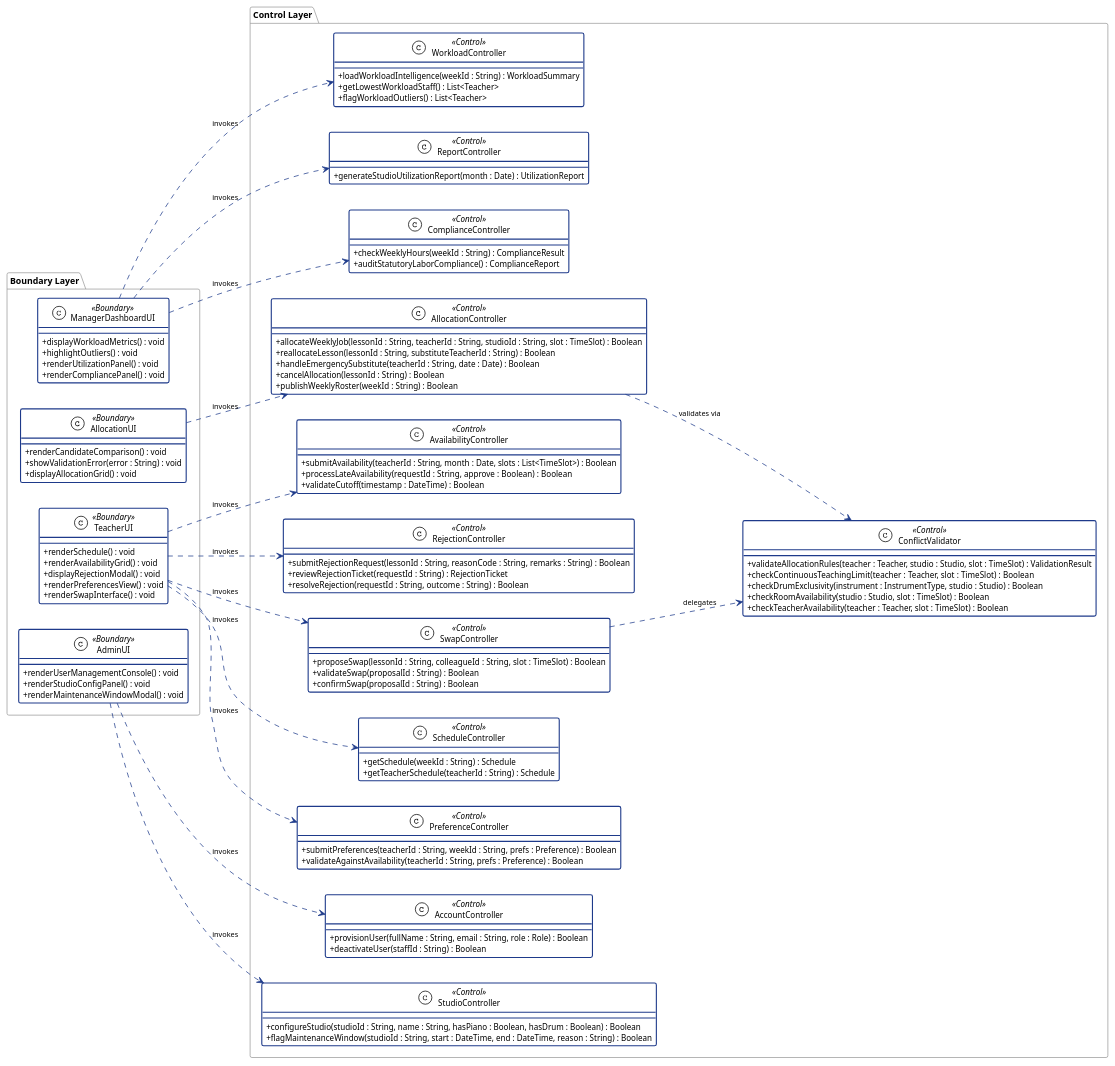
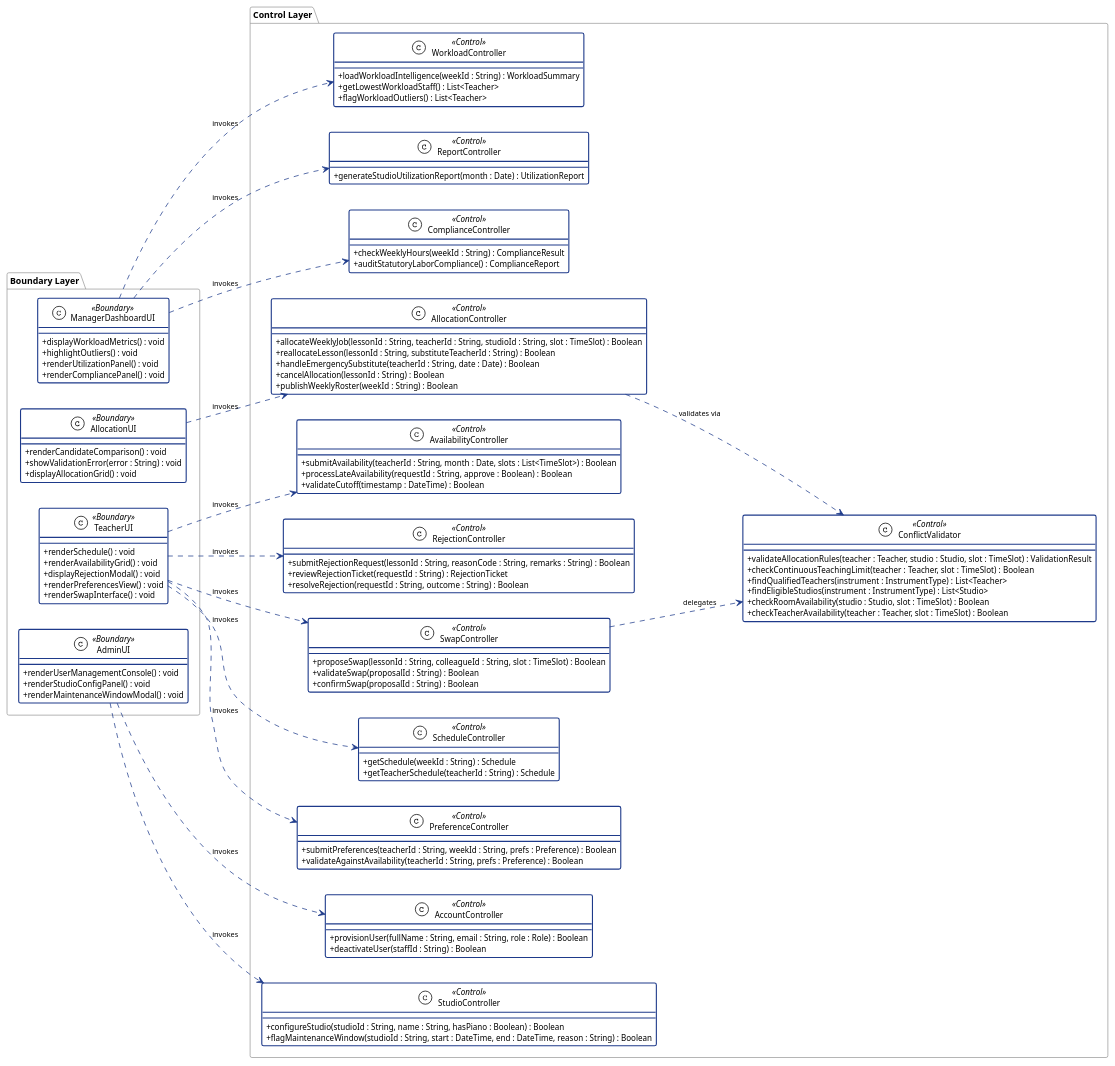
Before and after one commit to adoreblvnk/2001temp: the diagram in report/assets/class_diagram_control.puml, drawn with PlantUML. The commit also changed 11 other files, not shown here.

```diff
--- a/report/assets/class_diagram_control.puml
+++ b/report/assets/class_diagram_control.puml
@@ -1,128 +1,129 @@
 @startuml class_diagram_control
 !theme plain
 left to right direction
 skinparam classAttributeIconSize 0
 skinparam shadowing false
 skinparam defaultFontName "Helvetica", "Arial", sans-serif
 skinparam defaultFontSize 11
 skinparam class {
     BackgroundColor #FFFFFF
     BorderColor #1E3A8A
     BorderThickness 1.5
 }
 skinparam arrow {
     Color #1E3A8A
     FontSize 10
 }
 skinparam package {
     BorderColor #999999
     FontStyle bold
     FontSize 12
 }
 
 ' ========== BOUNDARY CLASSES ==========
 package "Boundary Layer" {
     class ManagerDashboardUI <<Boundary>> {
         +displayWorkloadMetrics() : void
         +highlightOutliers() : void
         +renderUtilizationPanel() : void
         +renderCompliancePanel() : void
     }
     class AllocationUI <<Boundary>> {
         +renderCandidateComparison() : void
         +showValidationError(error : String) : void
         +displayAllocationGrid() : void
     }
     class TeacherUI <<Boundary>> {
         +renderSchedule() : void
         +renderAvailabilityGrid() : void
         +displayRejectionModal() : void
         +renderPreferencesView() : void
         +renderSwapInterface() : void
     }
     class AdminUI <<Boundary>> {
         +renderUserManagementConsole() : void
         +renderStudioConfigPanel() : void
         +renderMaintenanceWindowModal() : void
     }
 }
 
 ' ========== CONTROL CLASSES ==========
 package "Control Layer" {
     class WorkloadController <<Control>> {
         +loadWorkloadIntelligence(weekId : String) : WorkloadSummary
         +getLowestWorkloadStaff() : List<Teacher>
         +flagWorkloadOutliers() : List<Teacher>
     }
     class AllocationController <<Control>> {
         +allocateWeeklyJob(lessonId : String, teacherId : String, studioId : String, slot : TimeSlot) : Boolean
         +reallocateLesson(lessonId : String, substituteTeacherId : String) : Boolean
         +handleEmergencySubstitute(teacherId : String, date : Date) : Boolean
         +cancelAllocation(lessonId : String) : Boolean
         +publishWeeklyRoster(weekId : String) : Boolean
     }
     class ConflictValidator <<Control>> {
         +validateAllocationRules(teacher : Teacher, studio : Studio, slot : TimeSlot) : ValidationResult
         +checkContinuousTeachingLimit(teacher : Teacher, slot : TimeSlot) : Boolean
-        +checkDrumExclusivity(instrument : InstrumentType, studio : Studio) : Boolean
+        +findQualifiedTeachers(instrument : InstrumentType) : List<Teacher>
+        +findEligibleStudios(instrument : InstrumentType) : List<Studio>
         +checkRoomAvailability(studio : Studio, slot : TimeSlot) : Boolean
         +checkTeacherAvailability(teacher : Teacher, slot : TimeSlot) : Boolean
     }
     class AvailabilityController <<Control>> {
         +submitAvailability(teacherId : String, month : Date, slots : List<TimeSlot>) : Boolean
         +processLateAvailability(requestId : String, approve : Boolean) : Boolean
         +validateCutoff(timestamp : DateTime) : Boolean
     }
     class RejectionController <<Control>> {
         +submitRejectionRequest(lessonId : String, reasonCode : String, remarks : String) : Boolean
         +reviewRejectionTicket(requestId : String) : RejectionTicket
         +resolveRejection(requestId : String, outcome : String) : Boolean
     }
     class SwapController <<Control>> {
         +proposeSwap(lessonId : String, colleagueId : String, slot : TimeSlot) : Boolean
         +validateSwap(proposalId : String) : Boolean
         +confirmSwap(proposalId : String) : Boolean
     }
     class AccountController <<Control>> {
         +provisionUser(fullName : String, email : String, role : Role) : Boolean
         +deactivateUser(staffId : String) : Boolean
     }
     class StudioController <<Control>> {
-        +configureStudio(studioId : String, name : String, hasPiano : Boolean, hasDrum : Boolean) : Boolean
+        +configureStudio(studioId : String, name : String, hasPiano : Boolean) : Boolean
         +flagMaintenanceWindow(studioId : String, start : DateTime, end : DateTime, reason : String) : Boolean
     }
     class ReportController <<Control>> {
         +generateStudioUtilizationReport(month : Date) : UtilizationReport
     }
     class ComplianceController <<Control>> {
         +checkWeeklyHours(weekId : String) : ComplianceResult
         +auditStatutoryLaborCompliance() : ComplianceReport
     }
     class ScheduleController <<Control>> {
         +getSchedule(weekId : String) : Schedule
         +getTeacherSchedule(teacherId : String) : Schedule
     }
     class PreferenceController <<Control>> {
         +submitPreferences(teacherId : String, weekId : String, prefs : Preference) : Boolean
         +validateAgainstAvailability(teacherId : String, prefs : Preference) : Boolean
     }
 }
 
 ' ========== DEPENDENCY (Boundary -> Control) ==========
 ManagerDashboardUI ..> WorkloadController : invokes
 ManagerDashboardUI ..> ReportController : invokes
 ManagerDashboardUI ..> ComplianceController : invokes
 AllocationUI ..> AllocationController : invokes
 TeacherUI ..> AvailabilityController : invokes
 TeacherUI ..> RejectionController : invokes
 TeacherUI ..> ScheduleController : invokes
 TeacherUI ..> PreferenceController : invokes
 TeacherUI ..> SwapController : invokes
 AdminUI ..> AccountController : invokes
 AdminUI ..> StudioController : invokes
 
 ' ========== DEPENDENCY (Control -> Control) ==========
 AllocationController ..> ConflictValidator : validates via
 SwapController ..> ConflictValidator : delegates
 
 @enduml
```
